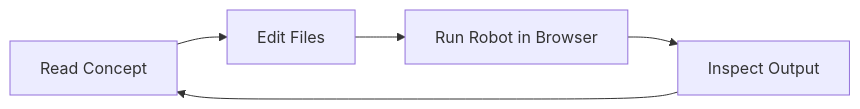
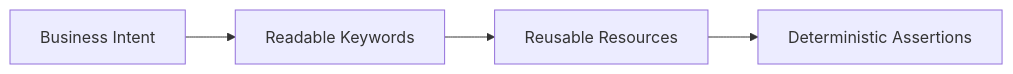
Before and after one commit to arvind3/RobotFrameworkBookWithIDE: the diagram in docs/01-introduction.mdx, drawn with Mermaid. The commit also changed other lines of this file and 18 other files, not shown here.

````diff
--- a/docs/01-introduction.mdx
+++ b/docs/01-introduction.mdx
@@ -13,7 +28,6 @@
 ```mermaid
 flowchart LR
-  A[Read Concept] --> B[Edit Files]
-  B --> C[Run Robot in Browser]
-  C --> D[Inspect Output]
-  D --> A
+  A[Business Intent] --> B[Readable Keywords]
+  B --> C[Reusable Resources]
+  C --> D[Deterministic Assertions]
 ```
````
